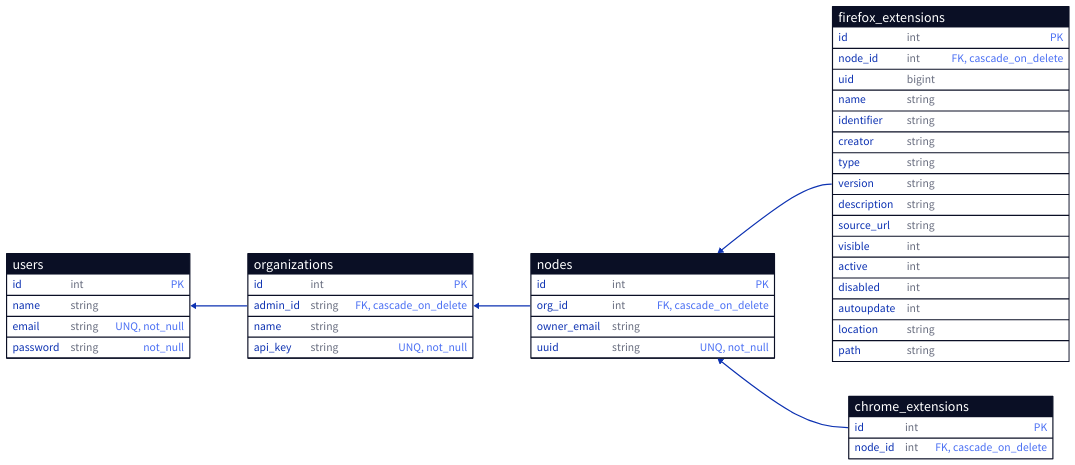
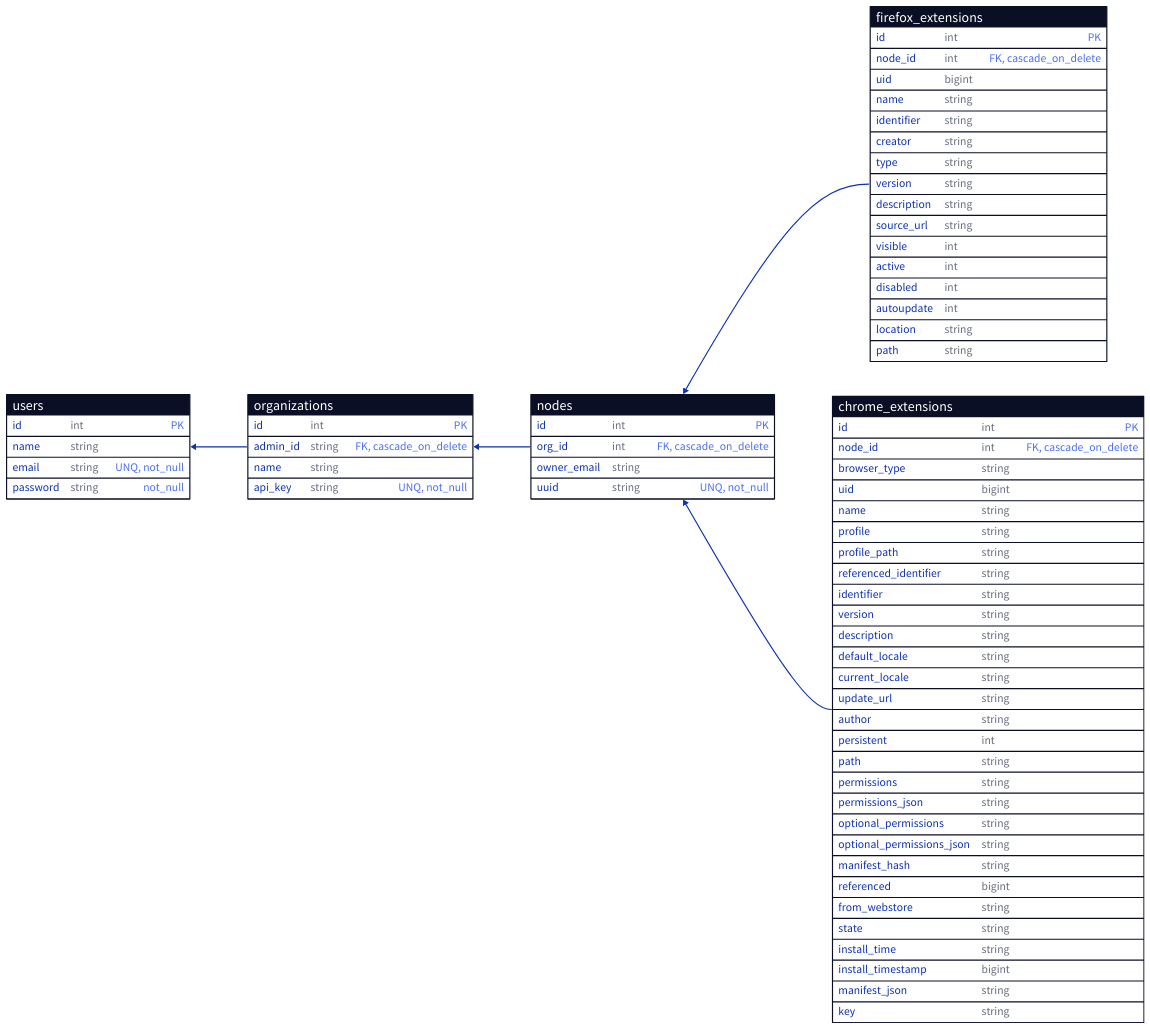
The diagram in docs/diagrams/db_schema.d2 (jarp0l/browser-ext-mon), drawn with D2 before and after one commit. The commit also changed 2 other files, not shown here.

Commit message:
docs(diagram): update chrome_extensions schema

```diff
--- a/docs/diagrams/db_schema.d2
+++ b/docs/diagrams/db_schema.d2
@@ -1,64 +1,91 @@
 direction: left
 
 # admin users
 users: {
   shape: sql_table
   id: int {constraint: PK}
   name: string
   email: string {constraint: [UNQ; not_null]}
   password: string {constraint: not_null}
 }
 
 organizations: {
   shape: sql_table
   id: int {constraint: PK}
   admin_id: string {constraint: [FK; cascade_on_delete]}
   name: string
   api_key: string {constraint: [UNQ; not_null]}
 }
 
 organizations.admin_id -> users.email
 
 # users/machines in the organization
 # this is where osquery enroll data is stored
 nodes: {
   shape: sql_table
   id: int {constraint: PK}
   org_id: int {constraint: [FK; cascade_on_delete]}
   owner_email: string
   uuid: string {constraint: [UNQ; not_null]}
 }
 
 nodes.org_id -> organizations.id
 
 # osquery logs for firefox browser extensions
 # schema: https://osquery.io/schema/5.11.0/#firefox_addons
 firefox_extensions: {
   shape: sql_table
   id: int {constraint: PK}
   node_id: int {constraint: [FK; cascade_on_delete]}
   uid: bigint
   name: string
   identifier: string
   creator: string
   type: string
   version: string
   description: string
   source_url: string
   visible: int
   active: int
   disabled: int
   autoupdate: int
   location: string
   path: string
 }
 
 firefox_extensions.node_id -> nodes.id
 
+# schema: https://osquery.io/schema/5.11.0/#chrome_extensions"
 chrome_extensions: {
   shape: sql_table
   id: int {constraint: PK}
   node_id: int {constraint: [FK; cascade_on_delete]}
+  browser_type: string
+  uid: bigint
+  name: string
+  profile: string
+  profile_path: string
+  referenced_identifier: string
+  identifier: string
+  version: string
+  description: string
+  default_locale: string
+  current_locale: string
+  update_url: string
+  author: string
+  persistent: int
+  path: string
+  permissions: string
+  permissions_json: string 
+  optional_permissions: string
+  optional_permissions_json: string 
+  manifest_hash: string
+  referenced: bigint
+  from_webstore: string
+  state: string
+  install_time: string
+  install_timestamp: bigint
+  manifest_json: string 
+  key: string 
 }
-
 chrome_extensions.node_id -> nodes.id
```
